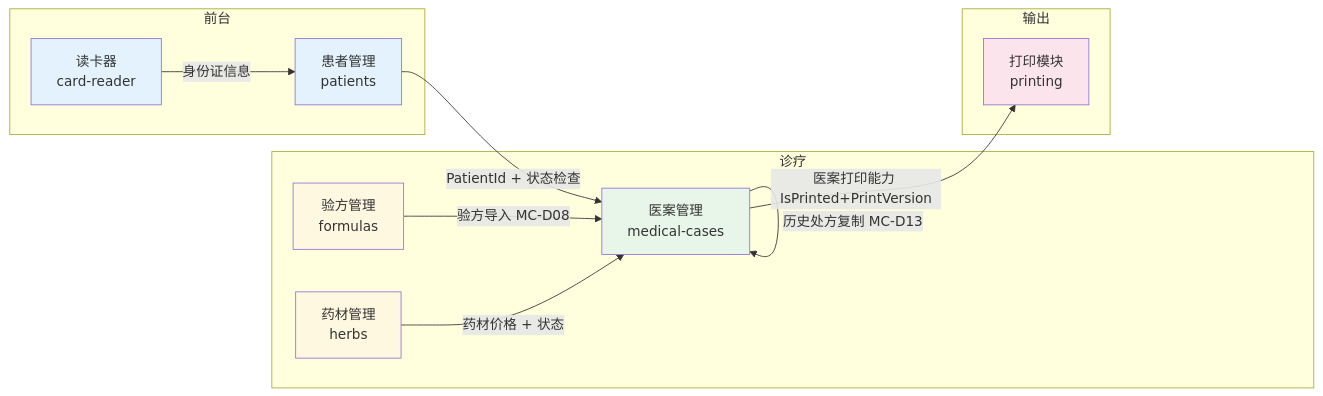
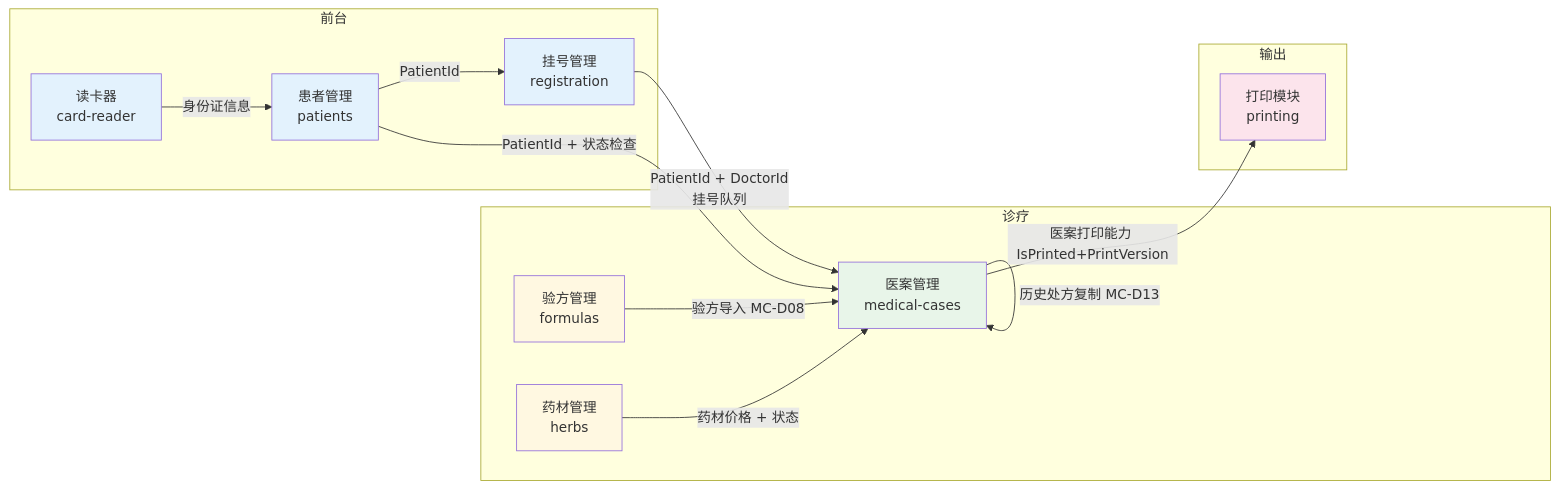
The fourth of 12 diagrams in docs/01-product/clinical-workflow.md (shouqitao/LYBTZYZS), drawn with Mermaid before and after one commit. The commit also changed other lines of this file and 72 other files, not shown here.

````diff
--- a/docs/01-product/clinical-workflow.md
+++ b/docs/01-product/clinical-workflow.md
@@ -256,31 +289,35 @@
 ```mermaid
 graph LR
     subgraph 前台
         CR[读卡器<br/>card-reader]
         PAT[患者管理<br/>patients]
+        REG[挂号管理<br/>registration]
     end
 
     subgraph 诊疗
         MC[医案管理<br/>medical-cases]
         FORM[验方管理<br/>formulas]
         HERB[药材管理<br/>herbs]
     end
 
     subgraph 输出
         PRINT[打印模块<br/>printing]
     end
 
     CR -->|身份证信息| PAT
+    PAT -->|PatientId| REG
+    REG -->|PatientId + DoctorId<br/>挂号队列| MC
     PAT -->|PatientId + 状态检查| MC
     FORM -->|验方导入 MC-D08| MC
     HERB -->|药材价格 + 状态| MC
     MC -->|医案打印能力 IsPrinted+PrintVersion| PRINT
     MC -->|历史处方复制 MC-D13| MC
 
     style CR fill:#e3f2fd
     style PAT fill:#e3f2fd
+    style REG fill:#e3f2fd
     style MC fill:#e8f5e9
     style FORM fill:#fff8e1
     style HERB fill:#fff8e1
     style PRINT fill:#fce4ec
 ```
````
